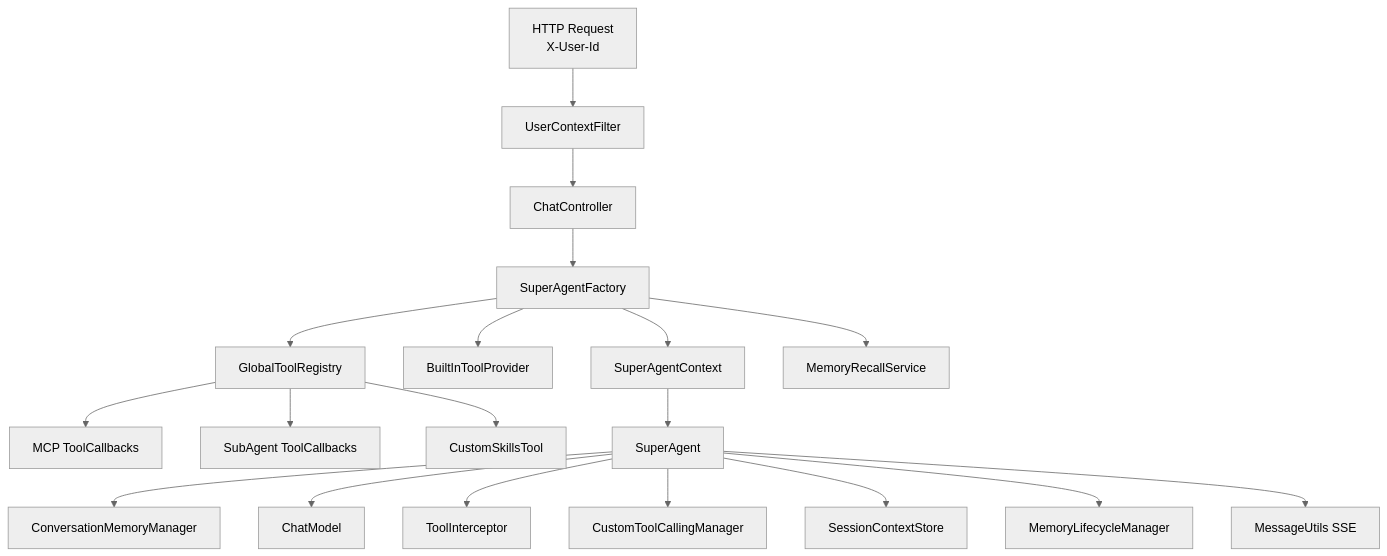
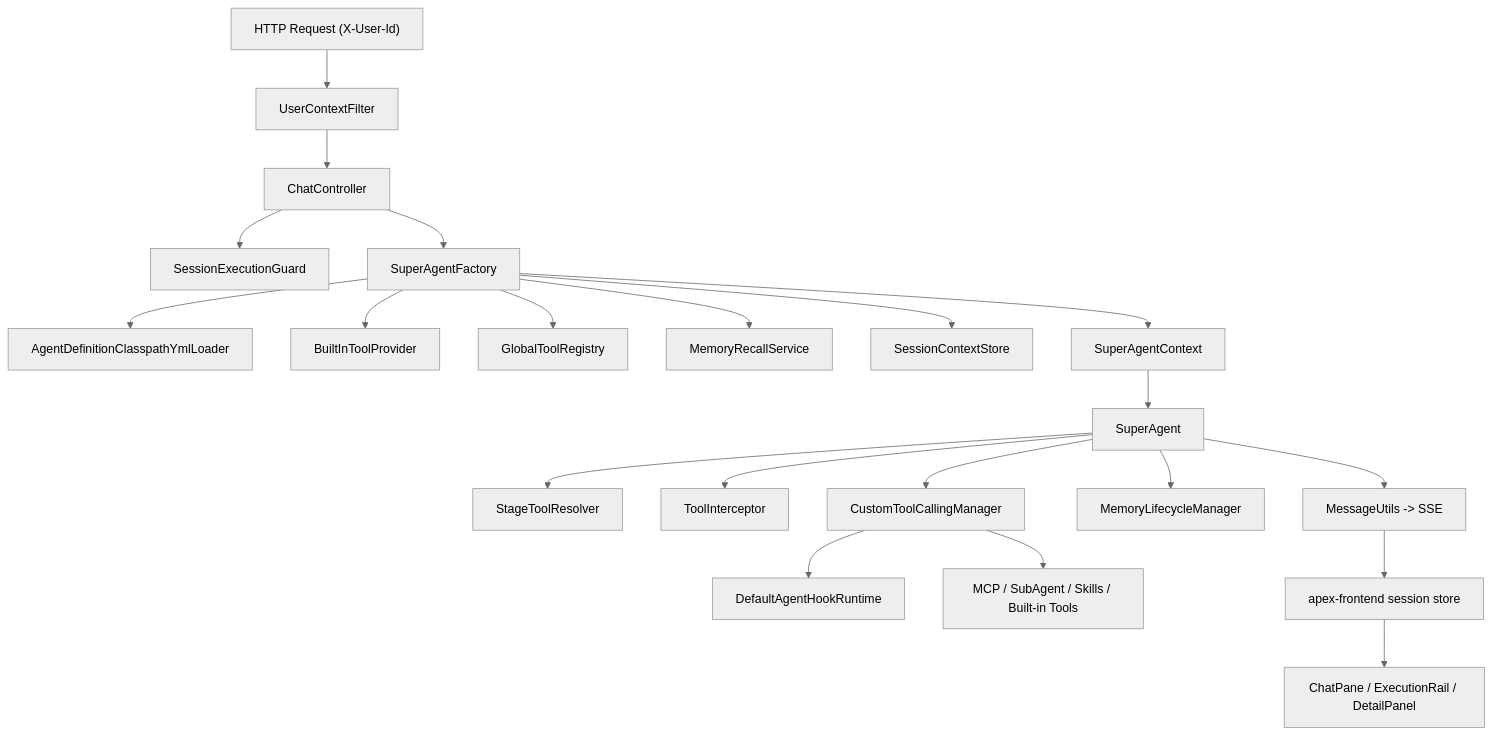
One commit to gemo12123/apex-agent changed the diagram in docs/架构与执行流程.md. Above: the diagram before and after it, drawn with Mermaid (neutral theme). The commit also changed other lines of this file and 5 other files, not shown here.

````diff
--- a/docs/架构与执行流程.md
+++ b/docs/架构与执行流程.md
@@ -5,21 +10,23 @@
 ```mermaid
 flowchart TD
-    A[HTTP Request<br/>X-User-Id] --> B[UserContextFilter]
-    B --> C[ChatController]
-    C --> D[SuperAgentFactory]
-    D --> E[SuperAgentContext]
-    D --> F[BuiltInToolProvider]
-    D --> G[GlobalToolRegistry]
-    D --> H[MemoryRecallService]
-    G --> G1[MCP ToolCallbacks]
-    G --> G2[SubAgent ToolCallbacks]
-    G --> G3[CustomSkillsTool]
-    E --> I[SuperAgent]
-    I --> J[ConversationMemoryManager]
-    I --> K[ChatModel]
-    I --> L[ToolInterceptor]
-    I --> M[CustomToolCallingManager]
-    I --> N[SessionContextStore]
-    I --> O[MemoryLifecycleManager]
-    I --> P[MessageUtils SSE]
+    A["HTTP Request (X-User-Id)"] --> B["UserContextFilter"]
+    B --> C["ChatController"]
+    C --> D["SessionExecutionGuard"]
+    C --> E["SuperAgentFactory"]
+    E --> F["AgentDefinitionClasspathYmlLoader"]
+    E --> G["BuiltInToolProvider"]
+    E --> H["GlobalToolRegistry"]
+    E --> I["MemoryRecallService"]
+    E --> J["SessionContextStore"]
+    E --> K["SuperAgentContext"]
+    K --> L["SuperAgent"]
+    L --> M["StageToolResolver"]
+    L --> N["ToolInterceptor"]
+    L --> O["CustomToolCallingManager"]
+    O --> P["DefaultAgentHookRuntime"]
+    O --> Q["MCP / SubAgent / Skills / Built-in Tools"]
+    L --> R["MemoryLifecycleManager"]
+    L --> S["MessageUtils -> SSE"]
+    S --> T["apex-frontend session store"]
+    T --> U["ChatPane / ExecutionRail / DetailPanel"]
 ```
````
